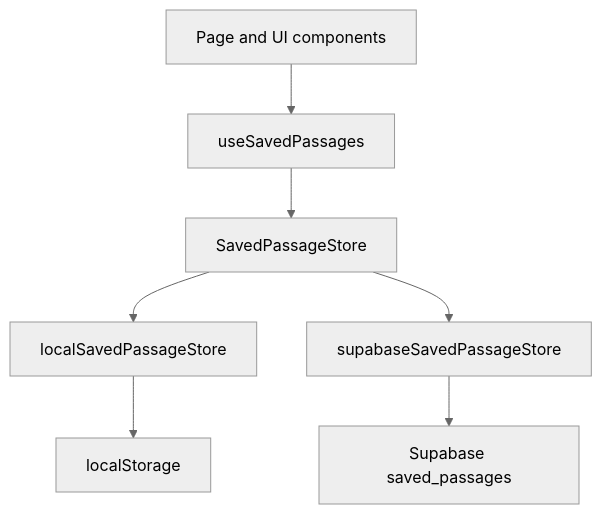
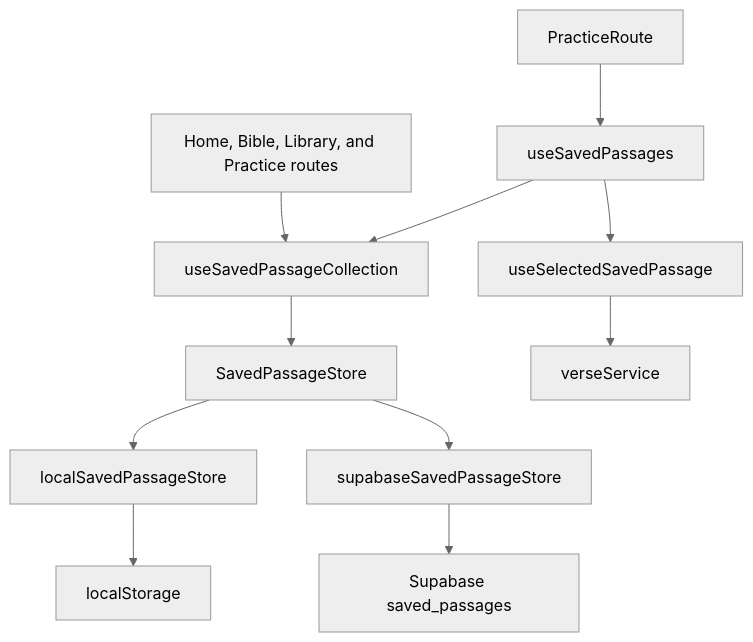
One commit to eirikenriquez/The-Word-per-Minute changed the third of 4 diagrams in docs/data-and-security.md. Above: the diagram before and after it, drawn with Mermaid (neutral theme). The commit also changed other lines of this file and 2 other files, not shown here.

Commit message:
Update architecture documentation

````diff
--- a/docs/data-and-security.md
+++ b/docs/data-and-security.md
@@ -169,9 +169,13 @@
 ```mermaid
 flowchart TD
-  ui["Page and UI components"] --> hook["useSavedPassages"]
-  hook --> contract["SavedPassageStore"]
+  routes["Home, Bible, Library, and Practice routes"] --> collection["useSavedPassageCollection"]
+  practice["PracticeRoute"] --> combined["useSavedPassages"]
+  combined --> collection
+  combined --> selection["useSelectedSavedPassage"]
+  collection --> contract["SavedPassageStore"]
   contract --> local["localSavedPassageStore"]
   contract --> cloud["supabaseSavedPassageStore"]
+  selection --> scripture["verseService"]
   local --> browser["localStorage"]
   cloud --> table["Supabase saved_passages"]
 ```
````
